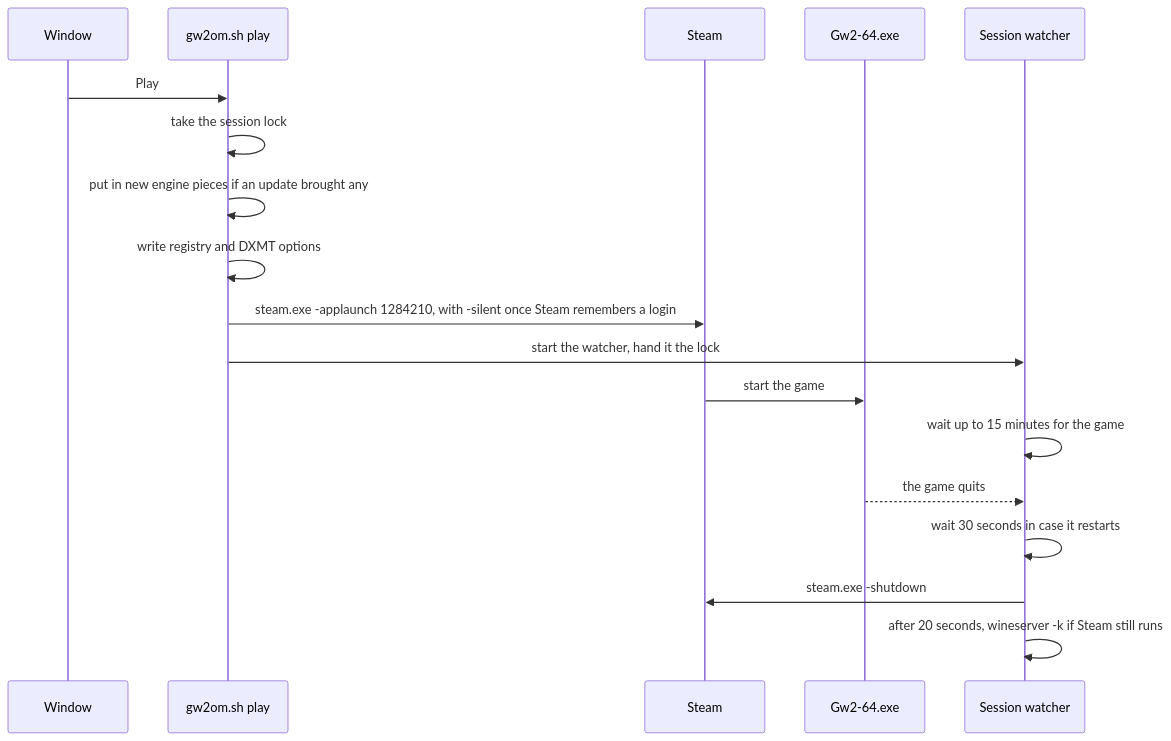
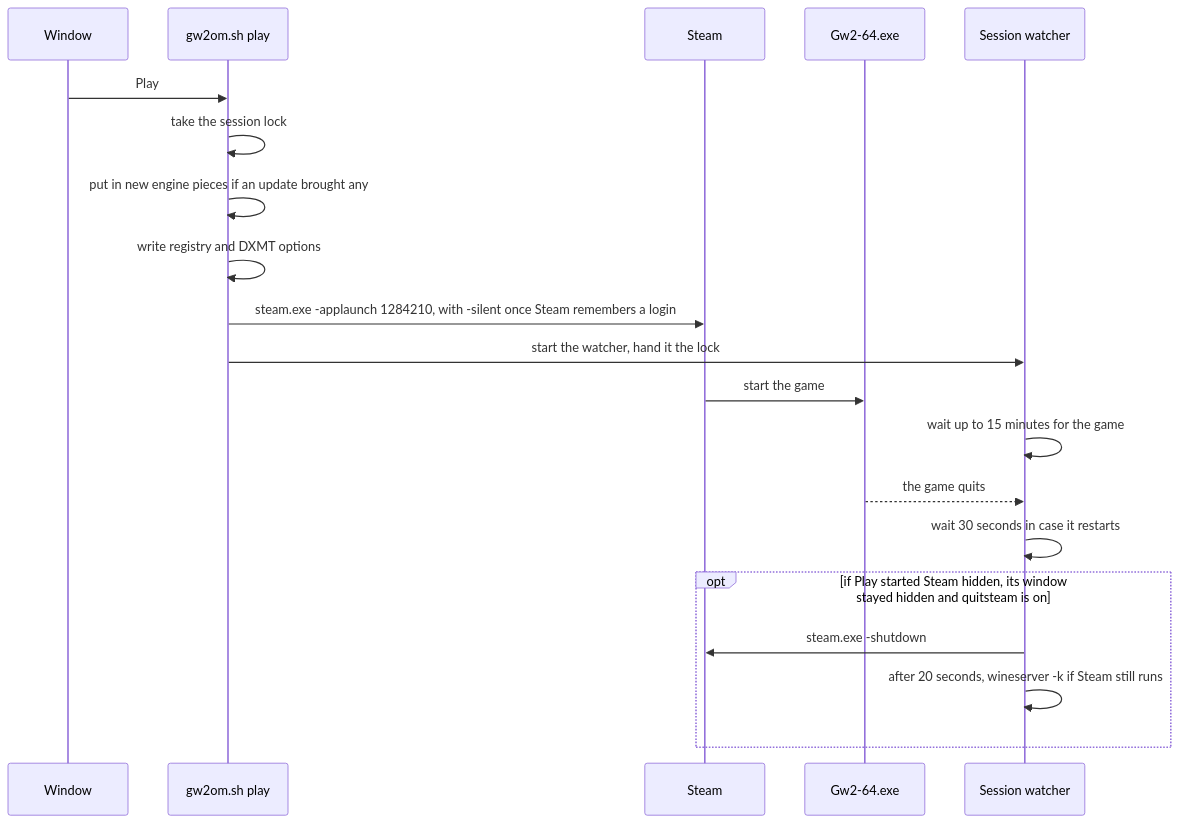
Before and after one commit to jdrly/gw2-on-mac: the second of 4 diagrams in README.md, drawn with Mermaid. The commit also changed other lines of this file and 3 other files, not shown here.

First line of the commit message:
Docs: review fixes (failed-install cleanup, Steam shutdown conditions, staging checks)

````diff
--- a/README.md
+++ b/README.md
@@ -397,20 +402,22 @@
 ```mermaid
 sequenceDiagram
     participant W as Window
     participant P as gw2om.sh play
     participant S as Steam
     participant G as Gw2-64.exe
     participant X as Session watcher
     W->>P: Play
     P->>P: take the session lock
     P->>P: put in new engine pieces if an update brought any
     P->>P: write registry and DXMT options
     P->>S: steam.exe -applaunch 1284210, with -silent once Steam remembers a login
     P->>X: start the watcher, hand it the lock
     S->>G: start the game
     X->>X: wait up to 15 minutes for the game
     G-->>X: the game quits
     X->>X: wait 30 seconds in case it restarts
-    X->>S: steam.exe -shutdown
-    X->>X: after 20 seconds, wineserver -k if Steam still runs
+    opt if Play started Steam hidden, its window stayed hidden and quitsteam is on
+        X->>S: steam.exe -shutdown
+        X->>X: after 20 seconds, wineserver -k if Steam still runs
+    end
 ```
````
